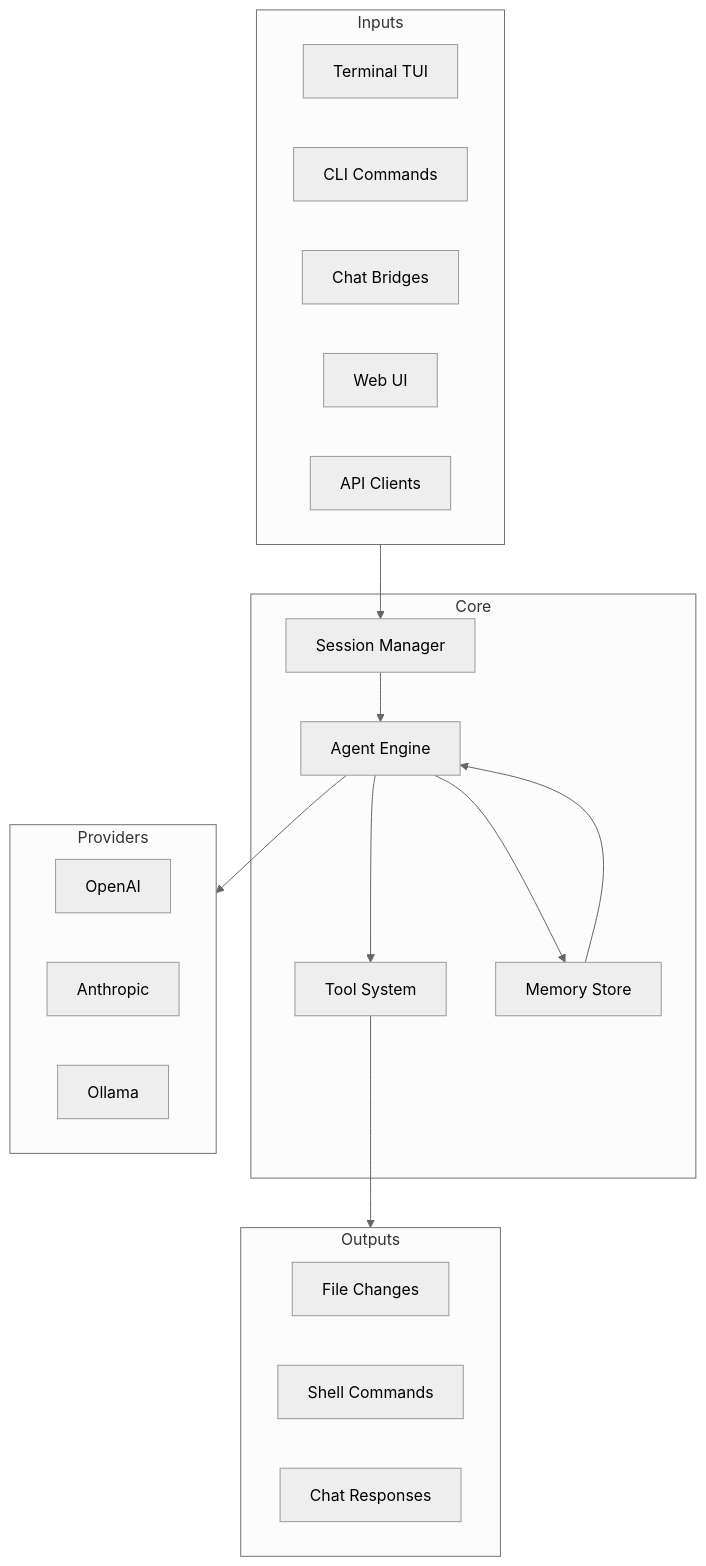
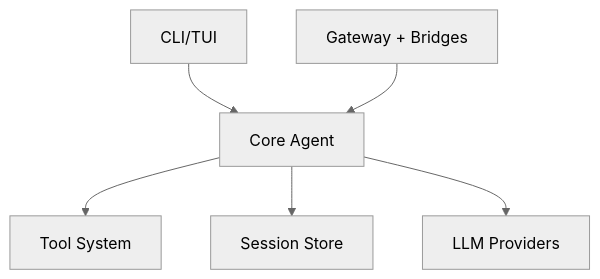
Before and after one commit to savfox-ai/website: the diagram in docs/en/concepts/index.md, drawn with Mermaid (neutral theme). The commit also changed other lines of this file and 60 other files, not shown here.

````diff
--- a/docs/en/concepts/index.md
+++ b/docs/en/concepts/index.md
@@ -12,37 +32,8 @@
 ```mermaid
 flowchart TB
-  subgraph Inputs
-    A[Terminal TUI]
-    B[CLI Commands]
-    C[Chat Bridges]
-    D[Web UI]
-    E[API Clients]
-  end
-
-  subgraph Core
-    F[Session Manager]
-    G[Agent Engine]
-    H[Tool System]
-    I[Memory Store]
-  end
-
-  subgraph Outputs
-    J[File Changes]
-    K[Shell Commands]
-    L[Chat Responses]
-  end
-
-  subgraph Providers
-    M[OpenAI]
-    N[Anthropic]
-    O[Ollama]
-  end
-
-  Inputs --> F
-  F --> G
-  G --> H
-  G --> I
-  H --> Outputs
-  I --> G
-  G --> Providers
+  A[CLI/TUI] --> B[Core Agent]
+  C[Gateway + Bridges] --> B
+  B --> D[Tool System]
+  B --> E[Session Store]
+  B --> F[LLM Providers]
 ```
````
